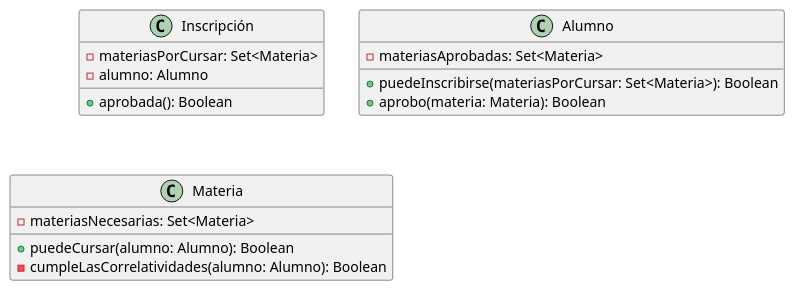
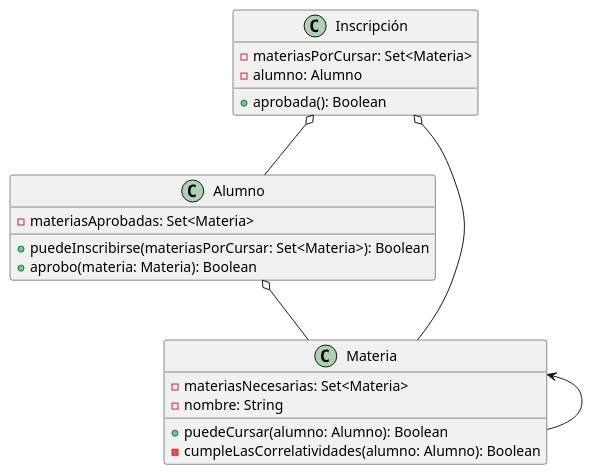
The diagram in diagramaDeClases.puml (valenosa/PracticasDDS), drawn with PlantUML before and after one commit.

Commit message:
Establecimiento de relaciones entre clases

```diff
--- a/diagramaDeClases.puml
+++ b/diagramaDeClases.puml
@@ -1,23 +1,31 @@
 @startuml
 
 class Inscripción{
 + aprobada(): Boolean /'Representa la aprobación de la inscripción en sí. La inscripción está aprobada si el Alumno puedeInscribirse'/
 - materiasPorCursar: Set<Materia>
 - alumno: Alumno
 }
 
 class Alumno{
 + puedeInscribirse(materiasPorCursar: Set<Materia>): Boolean /'El Alumno puedeInscribirse si puedeCursar cada Materia'/
 - materiasAprobadas: Set<Materia>
 '- nombre: String
 + aprobo(materia: Materia): Boolean /'El Alumno aprobó la materia si forma parte de sus materiasAprobadas'/
 }
 
 class Materia{
 - materiasNecesarias: Set<Materia>
 + puedeCursar(alumno: Alumno): Boolean /'El Alumno puedeCursar la Materia si cumpleLasCorrelatividades()'/
 - cumpleLasCorrelatividades(alumno: Alumno): Boolean /'El Alumno cumple cumpleLasCorrelatividades si aprobo las materiasNecesarias'/
-'- nombre: String
+- nombre: String
 }
 
+'Hay agregación porque las aterias forman parte de la isncripción
+Inscripción o-- Materia
+Inscripción o-- Alumno
+
+Alumno o-- Materia
+
+'No hay agregación porque las amterias no forman parte de la materia, si no que se tiene referencia a ellas solo para poder analizar las correlatividades
+Materia <-- Materia
 @enduml
```
